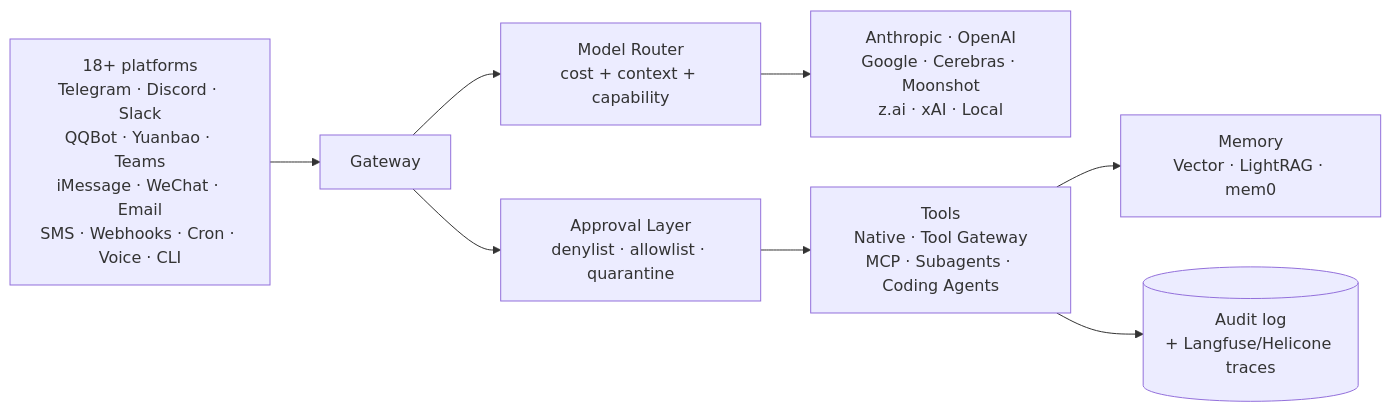
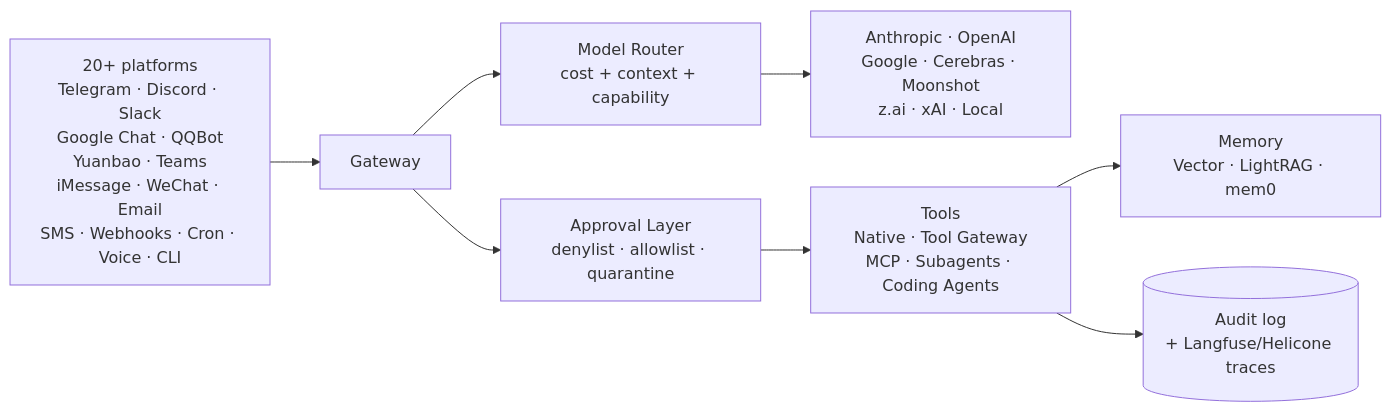
One commit to OnlyTerp/hermes-optimization-guide changed the diagram in README.md. Above: the diagram before and after it, drawn with Mermaid. The commit also changed other lines of this file and 40 other files, not shown here.

````diff
--- a/README.md
+++ b/README.md
@@ -64,10 +64,10 @@
 ```mermaid
 flowchart LR
-  Inputs[18+ platforms<br/>Telegram · Discord · Slack<br/>QQBot · Yuanbao · Teams<br/>iMessage · WeChat · Email<br/>SMS · Webhooks · Cron · Voice · CLI] --> Gateway
+  Inputs[20+ platforms<br/>Telegram · Discord · Slack<br/>Google Chat · QQBot<br/>Yuanbao · Teams<br/>iMessage · WeChat · Email<br/>SMS · Webhooks · Cron · Voice · CLI] --> Gateway
   Gateway --> Router[Model Router<br/>cost + context + capability]
   Router --> Providers[Anthropic · OpenAI<br/>Google · Cerebras · Moonshot<br/>z.ai · xAI · Local]
   Gateway --> Approval[Approval Layer<br/>denylist · allowlist · quarantine]
   Approval --> Tools[Tools<br/>Native · Tool Gateway<br/>MCP · Subagents · Coding Agents]
   Tools --> Memory[Memory<br/>Vector · LightRAG · mem0]
   Tools --> Logs[(Audit log<br/>+ Langfuse/Helicone traces)]
 ```
````
